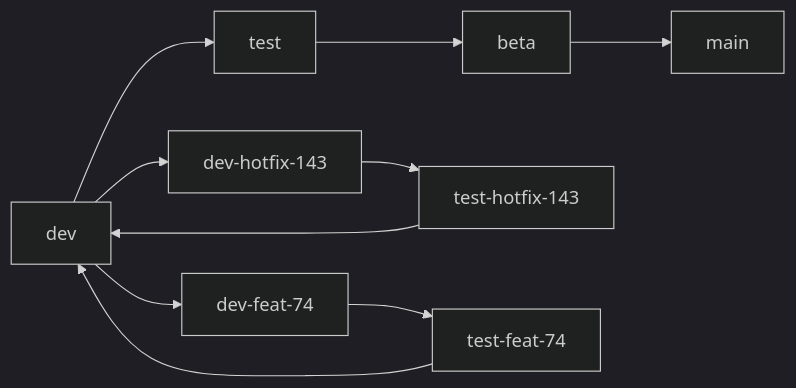
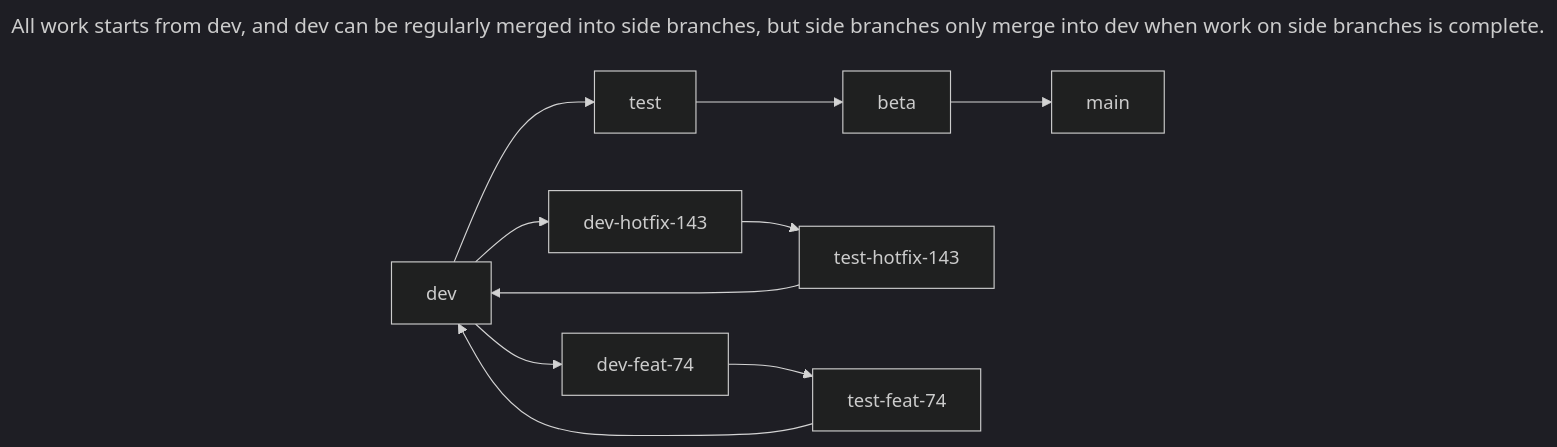
Before and after one commit to 63Klabs/atlantis-tutorials: the third of 3 diagrams in tutorials/default-git-branch-workflow.md, drawn with Mermaid (dark theme).

Commit message:
updated branch strategy doc

````diff
--- a/tutorials/default-git-branch-workflow.md
+++ b/tutorials/default-git-branch-workflow.md
@@ -130,12 +130,15 @@
 ```mermaid
+---
+title: All work starts from dev, and dev can be regularly merged into side branches, but side branches only merge into dev when work on side branches is complete.
+---
 flowchart LR
 	dev-->test
 	test-->beta
 	beta-->main
 	dev-->dev-hotfix-143
 	dev-->dev-feat-74
 	dev-hotfix-143-->test-hotfix-143
 	test-hotfix-143-->dev
 	dev-feat-74-->test-feat-74
 	test-feat-74-->dev
 ```
````
